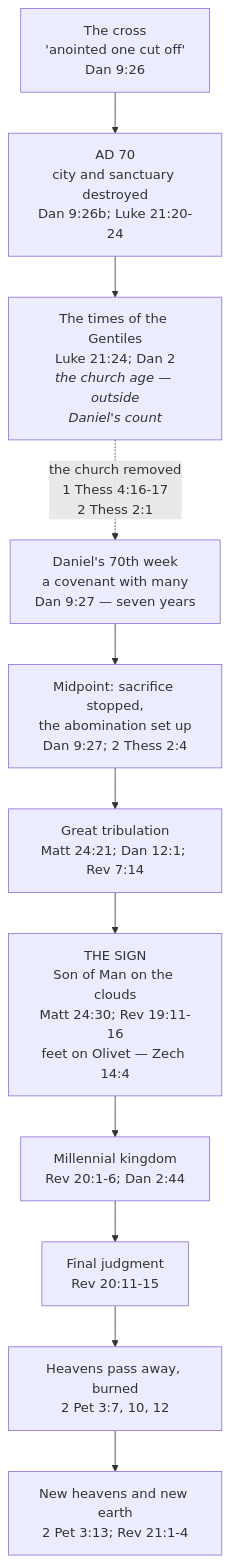
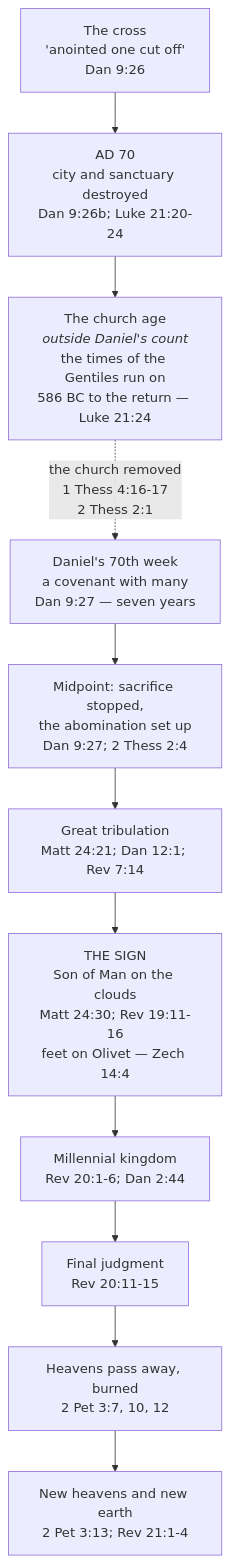
One commit to ding0t/bible_studies changed the second of 2 diagrams in docs/content/last-things/immediately-after.md. Above: the diagram before and after it, drawn with Mermaid. The commit also changed other lines of this file and 138 other files, not shown here.

````diff
--- a/docs/content/last-things/immediately-after.md
+++ b/docs/content/last-things/immediately-after.md
@@ -283,13 +319,13 @@
 ```mermaid
 flowchart TD
     A["The cross<br/>'anointed one cut off'<br/>Dan 9:26"] --> B["AD 70<br/>city and sanctuary destroyed<br/>Dan 9:26b; Luke 21:20-24"]
-    B --> C["The times of the Gentiles<br/>Luke 21:24; Dan 2<br/><i>the church age — outside<br/>Daniel's count</i>"]
+    B --> C["The church age<br/><i>outside Daniel's count</i><br/>the times of the Gentiles run on<br/>586 BC to the return — Luke 21:24"]
     C -.->|"the church removed<br/>1 Thess 4:16-17<br/>2 Thess 2:1"| D["Daniel's 70th week<br/>a covenant with many<br/>Dan 9:27 — seven years"]
     D --> E["Midpoint: sacrifice stopped,<br/>the abomination set up<br/>Dan 9:27; 2 Thess 2:4"]
     E --> F["Great tribulation<br/>Matt 24:21; Dan 12:1; Rev 7:14"]
     F --> G["THE SIGN<br/>Son of Man on the clouds<br/>Matt 24:30; Rev 19:11-16<br/>feet on Olivet — Zech 14:4"]
     G --> H["Millennial kingdom<br/>Rev 20:1-6; Dan 2:44"]
     H --> I["Final judgment<br/>Rev 20:11-15"]
     I --> J["Heavens pass away, burned<br/>2 Pet 3:7, 10, 12"]
     J --> K["New heavens and new earth<br/>2 Pet 3:13; Rev 21:1-4"]
 ```
````
